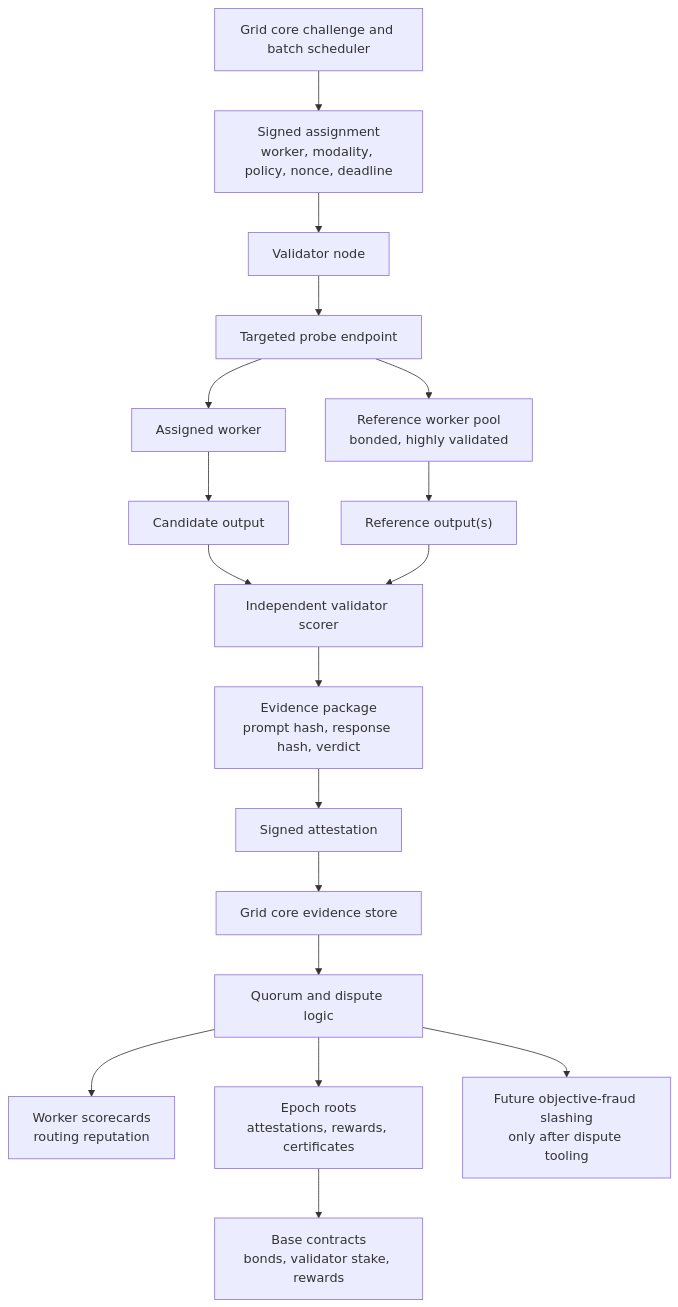
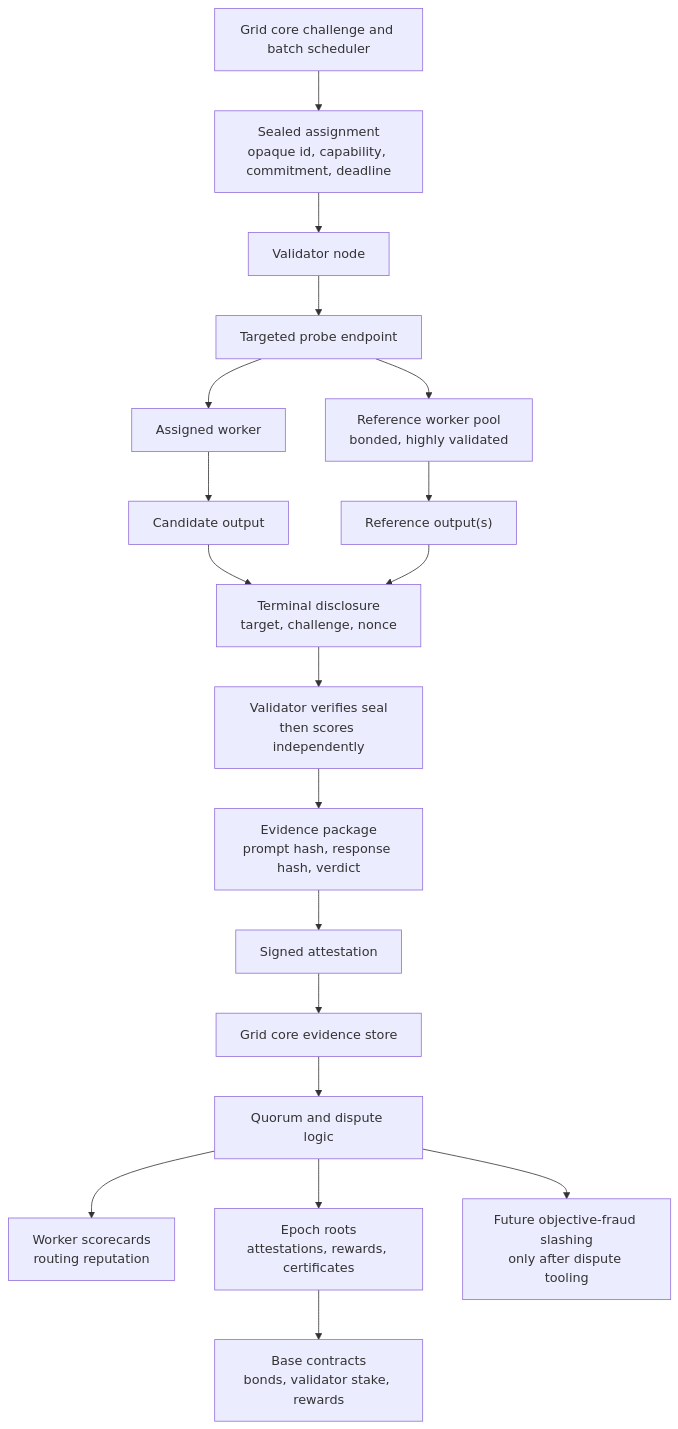
Before and after one commit to AIPowerGrid/grid-validator: the diagram in DESIGN.md, drawn with Mermaid. The commit also changed other lines of this file and 7 other files, not shown here.

Commit message:
validator: verify sealed assignment disclosures (#21)

````diff
--- a/DESIGN.md
+++ b/DESIGN.md
@@ -84,20 +84,21 @@
 ```mermaid
 flowchart TD
-  A["Grid core challenge and batch scheduler"] --> B["Signed assignment<br/>worker, modality, policy, nonce, deadline"]
+  A["Grid core challenge and batch scheduler"] --> B["Sealed assignment<br/>opaque id, capability, commitment, deadline"]
   B --> C["Validator node"]
   C --> E["Targeted probe endpoint"]
   E --> F["Assigned worker"]
   E --> G["Reference worker pool<br/>bonded, highly validated"]
   F --> H["Candidate output"]
   G --> I["Reference output(s)"]
-  H --> J["Independent validator scorer"]
-  I --> J
+  H --> D["Terminal disclosure<br/>target, challenge, nonce"]
+  I --> D
+  D --> J["Validator verifies seal<br/>then scores independently"]
   J --> K["Evidence package<br/>prompt hash, response hash, verdict"]
   K --> L["Signed attestation"]
   L --> M["Grid core evidence store"]
   M --> N["Quorum and dispute logic"]
   N --> O["Worker scorecards<br/>routing reputation"]
   N --> P["Epoch roots<br/>attestations, rewards, certificates"]
   P --> Q["Base contracts<br/>bonds, validator stake, rewards"]
   N --> R["Future objective-fraud slashing<br/>only after dispute tooling"]
 ```
````
